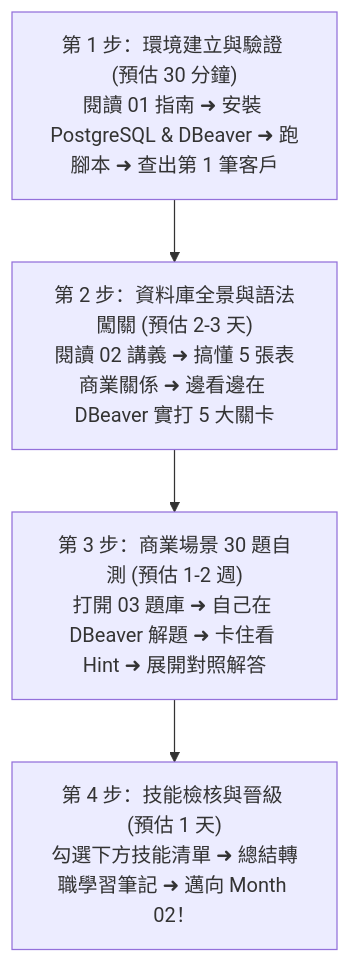
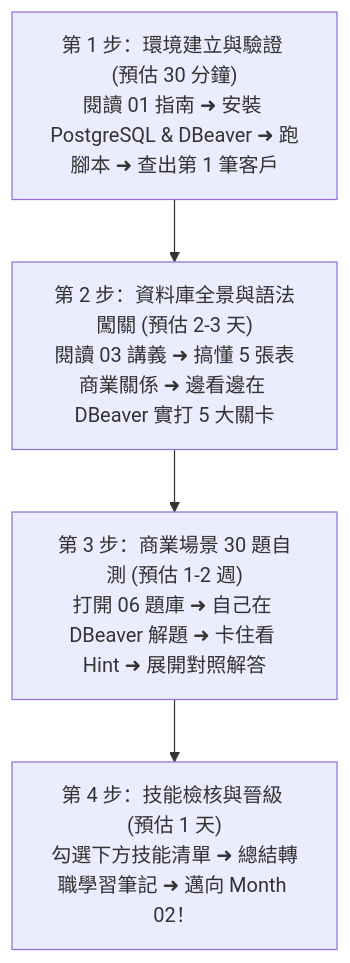
One commit to rosf000/B2B-SQL changed the diagram in 轉職計畫/01_Month01_SQL基礎/README.md. Above: the diagram before and after it, drawn with Mermaid. The commit also changed other lines of this file and 34 other files, not shown here.

````diff
--- a/轉職計畫/01_Month01_SQL基礎/README.md
+++ b/轉職計畫/01_Month01_SQL基礎/README.md
@@ -11,9 +11,9 @@
 ```mermaid
 flowchart TD
     S1["第 1 步：環境建立與驗證 (預估 30 分鐘)<br/>閱讀 01 指南 ➜ 安裝 PostgreSQL & DBeaver ➜ 跑腳本 ➜ 查出第 1 筆客戶"]
-    S2["第 2 步：資料庫全景與語法闖關 (預估 2-3 天)<br/>閱讀 02 講義 ➜ 搞懂 5 張表商業關係 ➜ 邊看邊在 DBeaver 實打 5 大關卡"]
-    S3["第 3 步：商業場景 30 題自測 (預估 1-2 週)<br/>打開 03 題庫 ➜ 自己在 DBeaver 解題 ➜ 卡住看 Hint ➜ 展開對照解答"]
+    S2["第 2 步：資料庫全景與語法闖關 (預估 2-3 天)<br/>閱讀 03 講義 ➜ 搞懂 5 張表商業關係 ➜ 邊看邊在 DBeaver 實打 5 大關卡"]
+    S3["第 3 步：商業場景 30 題自測 (預估 1-2 週)<br/>打開 06 題庫 ➜ 自己在 DBeaver 解題 ➜ 卡住看 Hint ➜ 展開對照解答"]
     S4["第 4 步：技能檢核與晉級 (預估 1 天)<br/>勾選下方技能清單 ➜ 總結轉職學習筆記 ➜ 邁向 Month 02！"]
 
     S1 --> S2 --> S3 --> S4
 ```
````
